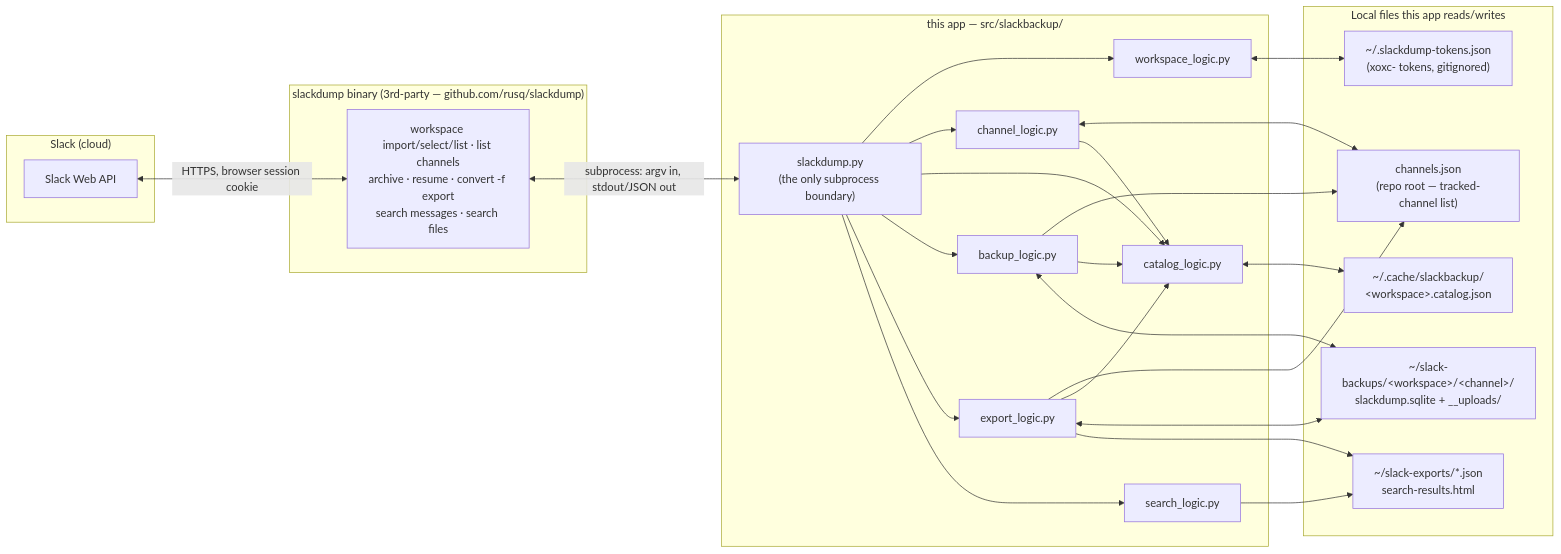
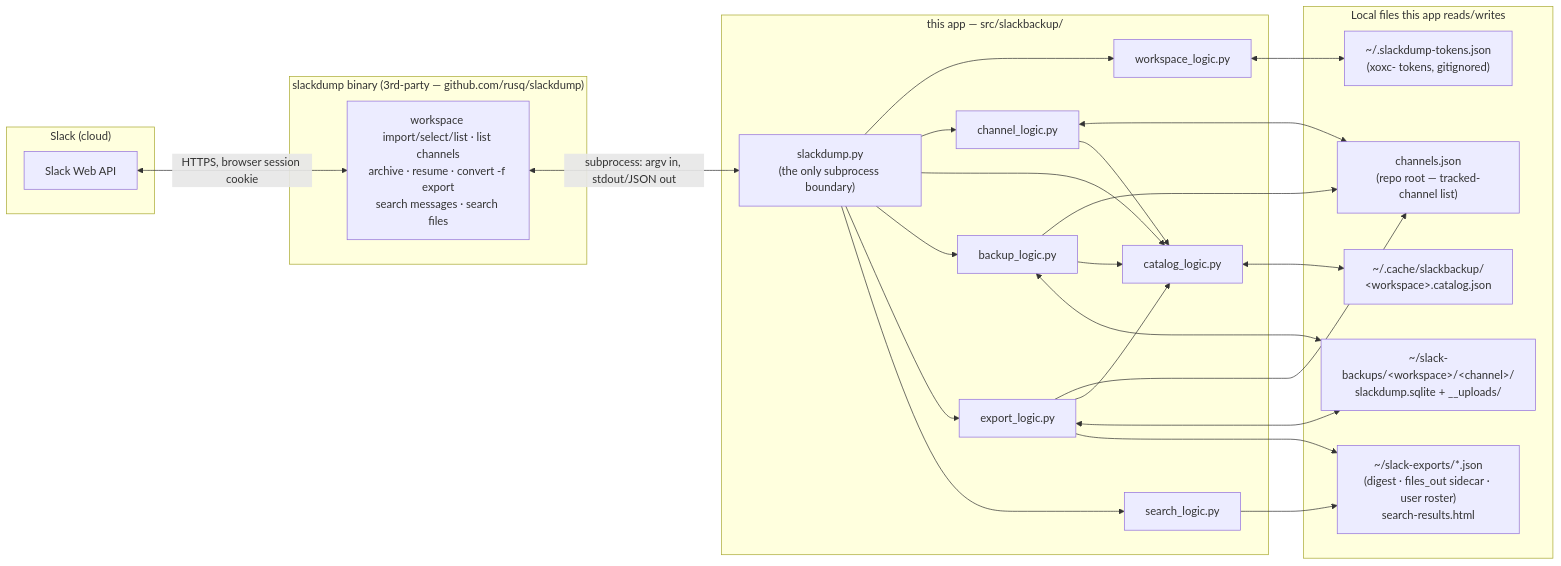
Before and after one commit to stuartdonaldson/slack-archive-toolkit: the diagram in docs/DESIGN.md, drawn with Mermaid. The commit also changed other lines of this file and 27 other files, not shown here.

````diff
--- a/docs/DESIGN.md
+++ b/docs/DESIGN.md
@@ -72,51 +82,51 @@
 ```mermaid
 flowchart LR
     subgraph Slack["Slack (cloud)"]
         API["Slack Web API"]
     end
 
     subgraph Bin["slackdump binary (3rd-party — github.com/rusq/slackdump)"]
         SD["workspace import/select/list · list channels\narchive · resume · convert -f export\nsearch messages · search files"]
     end
 
     subgraph App["this app — src/slackbackup/"]
         SDPY["slackdump.py\n(the only subprocess boundary)"]
         WSL["workspace_logic.py"]
         CHL["channel_logic.py"]
         CATL["catalog_logic.py"]
         BKL["backup_logic.py"]
         EXPL["export_logic.py"]
         SRCHL["search_logic.py"]
     end
 
     subgraph Disk["Local files this app reads/writes"]
         TOK["~/.slackdump-tokens.json\n(xoxc- tokens, gitignored)"]
         CHJSON["channels.json\n(repo root — tracked-channel list)"]
         CACHE["~/.cache/slackbackup/\n&lt;workspace&gt;.catalog.json"]
         ARCH["~/slack-backups/&lt;workspace&gt;/&lt;channel&gt;/\nslackdump.sqlite + __uploads/"]
-        OUT["~/slack-exports/*.json\nsearch-results.html"]
+        OUT["~/slack-exports/*.json\n(digest · files_out sidecar · user roster)\nsearch-results.html"]
     end
 
     API <-->|HTTPS, browser session cookie| SD
     SD <-->|subprocess: argv in, stdout/JSON out| SDPY
 
     SDPY --> WSL
     SDPY --> CHL
     SDPY --> CATL
     SDPY --> BKL
     SDPY --> EXPL
     SDPY --> SRCHL
 
     WSL <--> TOK
     CHL <--> CHJSON
     CHL --> CATL
     CATL <--> CACHE
     BKL --> CHJSON
     BKL --> CATL
     BKL <--> ARCH
     EXPL --> CHJSON
     EXPL --> CATL
     EXPL <--> ARCH
     EXPL --> OUT
     SRCHL --> OUT
 ```
````
